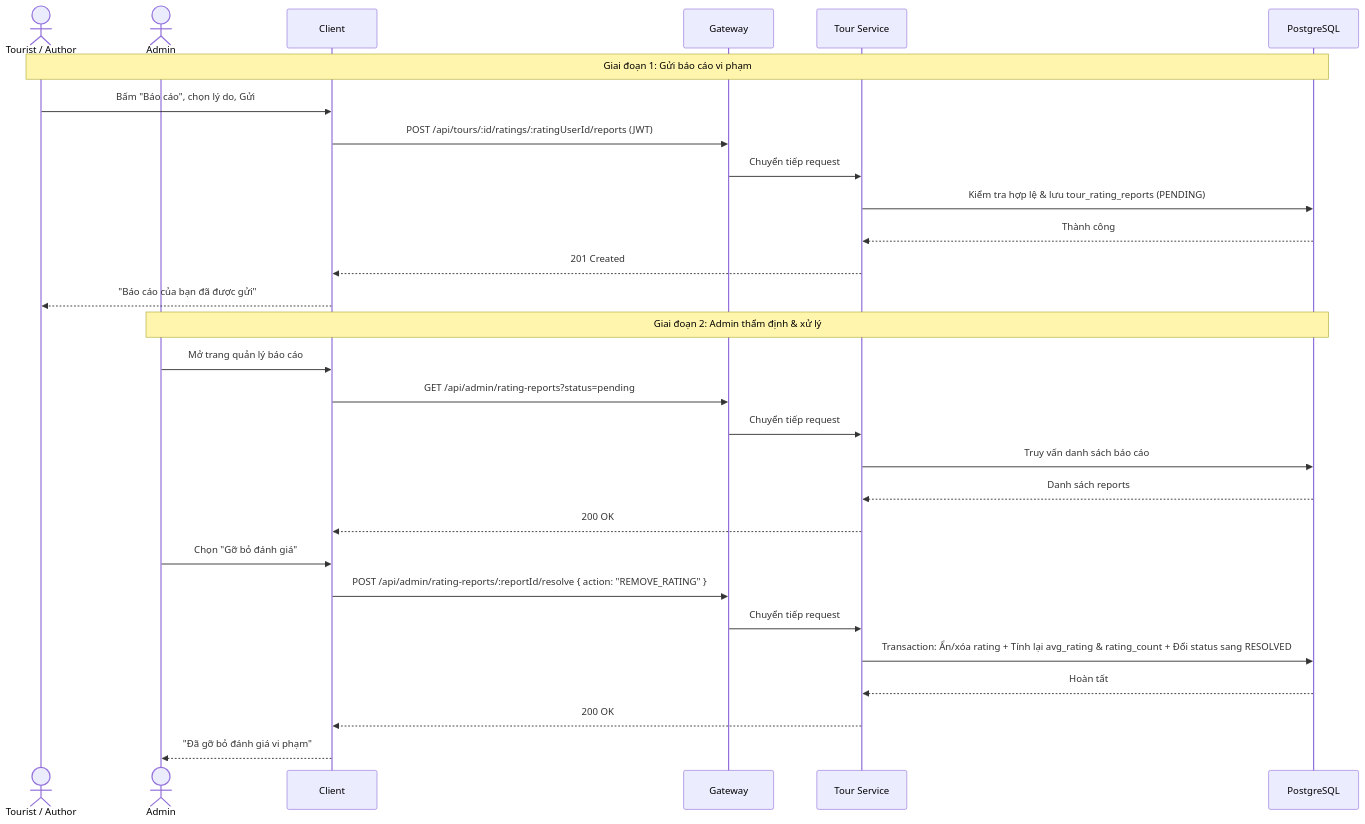
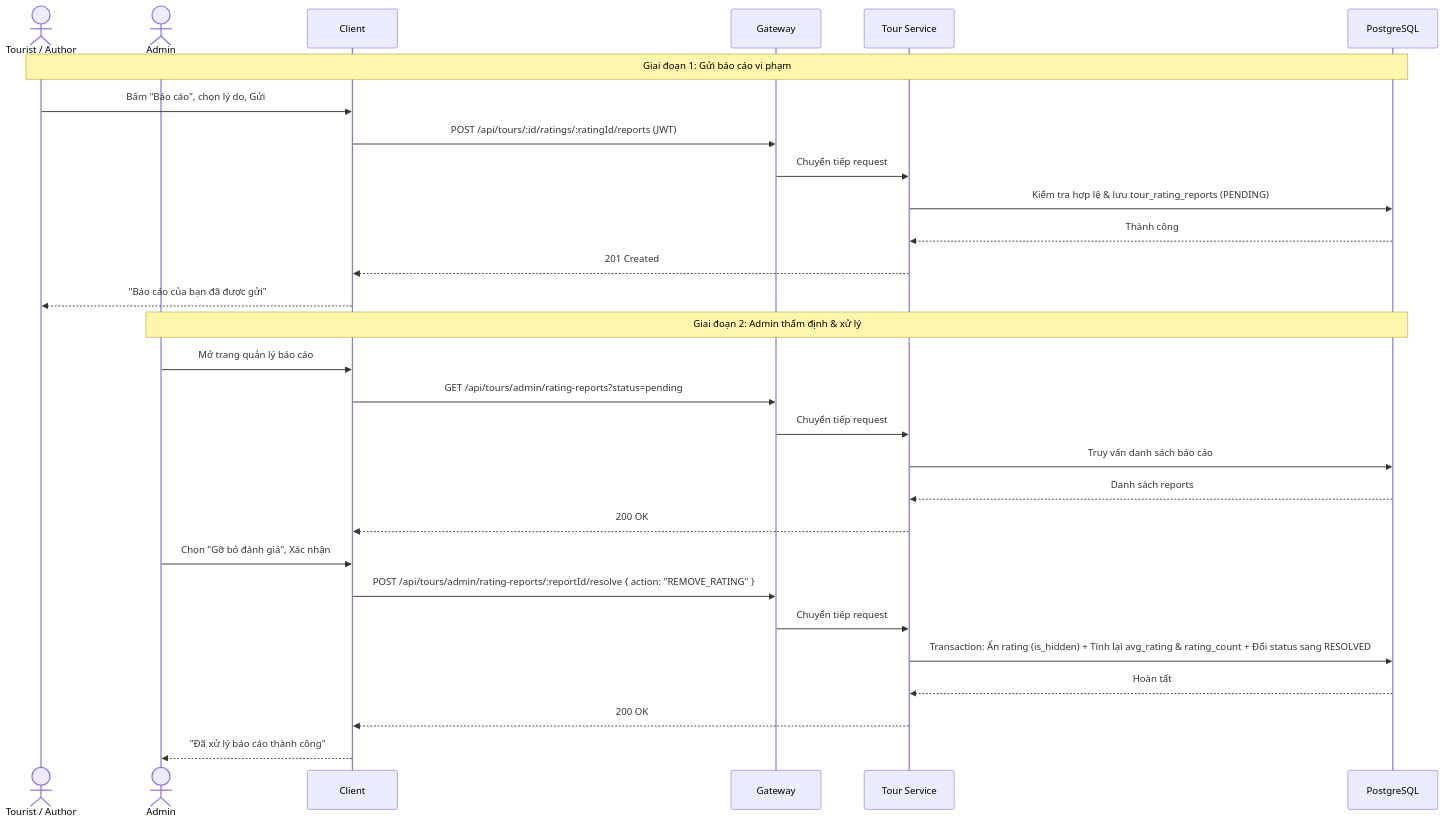
The diagram in docs/use case/lam-sau/UC05-danh-gia-tour.md (Tran-Gia-Phuc/GeoSound), drawn with Mermaid before and after one commit. The commit also changed other lines of this file and 22 other files, not shown here.

````diff
--- a/docs/use case/lam-sau/UC05-danh-gia-tour.md
+++ b/docs/use case/lam-sau/UC05-danh-gia-tour.md
@@ -111,33 +112,33 @@
 ```mermaid
 sequenceDiagram
     actor R as Tourist / Author
     actor A as Admin
     participant C as Client
     participant G as Gateway
     participant T as Tour Service
     participant DB as PostgreSQL
 
     Note over R,DB: Giai đoạn 1: Gửi báo cáo vi phạm
     R->>C: Bấm "Báo cáo", chọn lý do, Gửi
-    C->>G: POST /api/tours/:id/ratings/:ratingUserId/reports (JWT)
+    C->>G: POST /api/tours/:id/ratings/:ratingId/reports (JWT)
     G->>T: Chuyển tiếp request
     T->>DB: Kiểm tra hợp lệ & lưu tour_rating_reports (PENDING)
     DB-->>T: Thành công
     T-->>C: 201 Created
     C-->>R: "Báo cáo của bạn đã được gửi"
 
     Note over A,DB: Giai đoạn 2: Admin thẩm định & xử lý
     A->>C: Mở trang quản lý báo cáo
-    C->>G: GET /api/admin/rating-reports?status=pending
+    C->>G: GET /api/tours/admin/rating-reports?status=pending
     G->>T: Chuyển tiếp request
     T->>DB: Truy vấn danh sách báo cáo
     DB-->>T: Danh sách reports
     T-->>C: 200 OK
-    A->>C: Chọn "Gỡ bỏ đánh giá"
-    C->>G: POST /api/admin/rating-reports/:reportId/resolve { action: "REMOVE_RATING" }
+    A->>C: Chọn "Gỡ bỏ đánh giá", Xác nhận
+    C->>G: POST /api/tours/admin/rating-reports/:reportId/resolve { action: "REMOVE_RATING" }
     G->>T: Chuyển tiếp request
-    T->>DB: Transaction: Ẩn/xóa rating + Tính lại avg_rating & rating_count + Đổi status sang RESOLVED
+    T->>DB: Transaction: Ẩn rating (is_hidden) + Tính lại avg_rating & rating_count + Đổi status sang RESOLVED
     DB-->>T: Hoàn tất
     T-->>C: 200 OK
-    C-->>A: "Đã gỡ bỏ đánh giá vi phạm"
+    C-->>A: "Đã xử lý báo cáo thành công"
 ```
````
